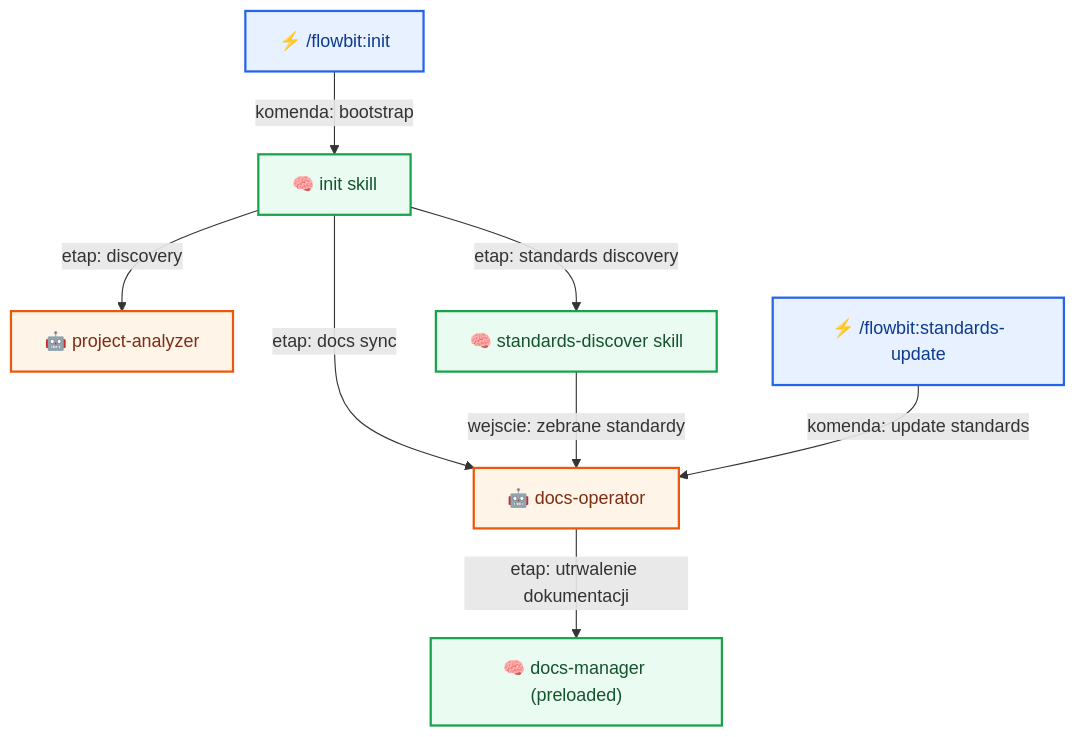
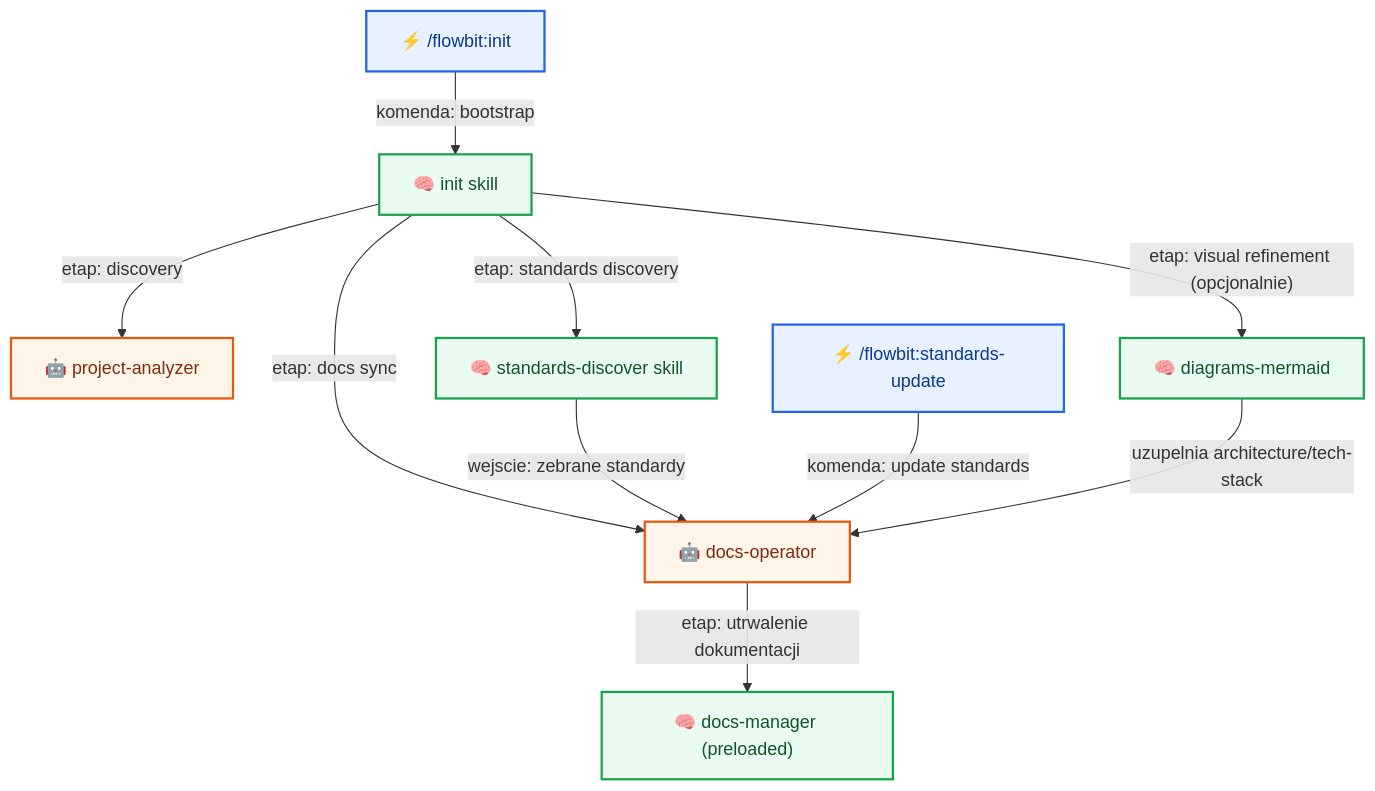
The second of 10 diagrams in docs/flow/workflows.md (plucins/flowbit), drawn with Mermaid before and after one commit. The commit also changed other lines of this file and 11 other files, not shown here.

Commit message:
Add Mermaid diagram sections to architecture and overview documentation for enhanced visual clarity

````diff
--- a/docs/flow/workflows.md
+++ b/docs/flow/workflows.md
@@ -52,17 +55,19 @@
 ```mermaid
 graph TD
   INIT_CMD["⚡ /flowbit:init"] -- "komenda: bootstrap" --> INIT["🧠 init skill"]
   INIT -- "etap: discovery" --> PROJ["🤖 project-analyzer"]
   INIT -- "etap: standards discovery" --> STD_DISC["🧠 standards-discover skill"]
+  INIT -- "etap: visual refinement (opcjonalnie)" --> DIAG_I["🧠 diagrams-mermaid"]
   INIT -- "etap: docs sync" --> DOCS_OP["🤖 docs-operator"]
   STD_DISC -- "wejscie: zebrane standardy" --> DOCS_OP
   STD_UPD["⚡ /flowbit:standards-update"] -- "komenda: update standards" --> DOCS_OP
+  DIAG_I -- "uzupelnia architecture/tech-stack" --> DOCS_OP
   DOCS_OP -- "etap: utrwalenie dokumentacji" --> DOCS["🧠 docs-manager (preloaded)"]
 
   classDef cmd fill:#E8F1FF,stroke:#2563EB,stroke-width:2px,color:#0B3A8F;
   classDef skill fill:#EAFBF1,stroke:#16A34A,stroke-width:2px,color:#14532D;
   classDef agent fill:#FFF4E8,stroke:#EA580C,stroke-width:2px,color:#7C2D12;
   class INIT_CMD,STD_UPD cmd;
-  class INIT,STD_DISC,DOCS skill;
+  class INIT,STD_DISC,DOCS,DIAG_I skill;
   class PROJ,DOCS_OP agent;
 ```
````
